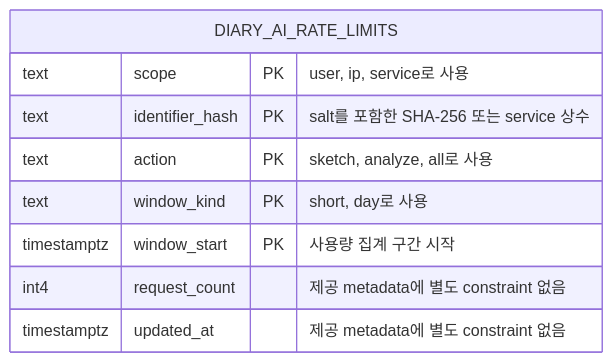
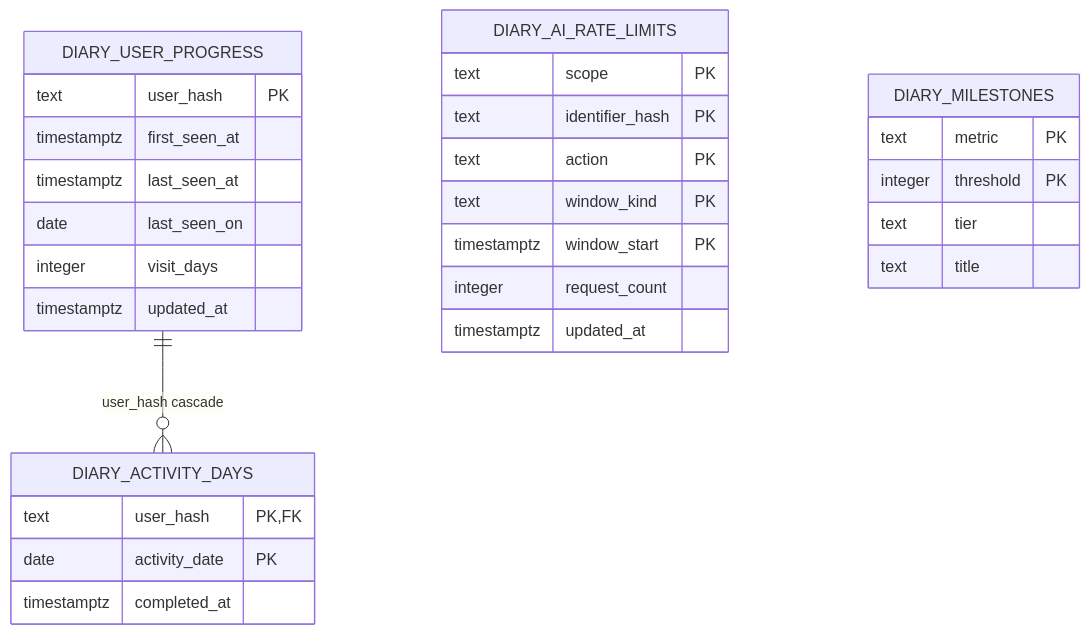
One commit to SummerVacationDiaryTMD/Summer_Vacation_Diary changed the diagram in docs/erd.md. Above: the diagram before and after it, drawn with Mermaid. The commit also changed other lines of this file and 24 other files, not shown here.

````diff
--- a/docs/erd.md
+++ b/docs/erd.md
@@ -13,12 +13,32 @@
 ```mermaid
 erDiagram
+    DIARY_USER_PROGRESS ||--o{ DIARY_ACTIVITY_DAYS : "user_hash cascade"
     DIARY_AI_RATE_LIMITS {
-        text scope PK "user, ip, service로 사용"
-        text identifier_hash PK "salt를 포함한 SHA-256 또는 service 상수"
-        text action PK "sketch, analyze, all로 사용"
-        text window_kind PK "short, day로 사용"
-        timestamptz window_start PK "사용량 집계 구간 시작"
-        int4 request_count "제공 metadata에 별도 constraint 없음"
-        timestamptz updated_at "제공 metadata에 별도 constraint 없음"
+        text scope PK
+        text identifier_hash PK
+        text action PK
+        text window_kind PK
+        timestamptz window_start PK
+        integer request_count
+        timestamptz updated_at
+    }
+    DIARY_USER_PROGRESS {
+        text user_hash PK
+        timestamptz first_seen_at
+        timestamptz last_seen_at
+        date last_seen_on
+        integer visit_days
+        timestamptz updated_at
+    }
+    DIARY_ACTIVITY_DAYS {
+        text user_hash PK,FK
+        date activity_date PK
+        timestamptz completed_at
+    }
+    DIARY_MILESTONES {
+        text metric PK
+        integer threshold PK
+        text tier
+        text title
     }
 ```
````
